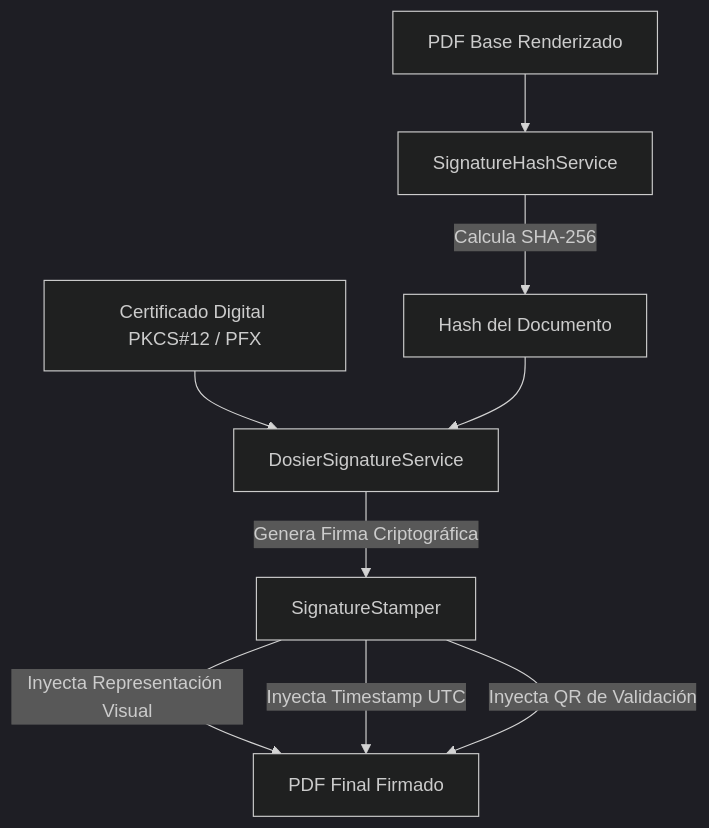
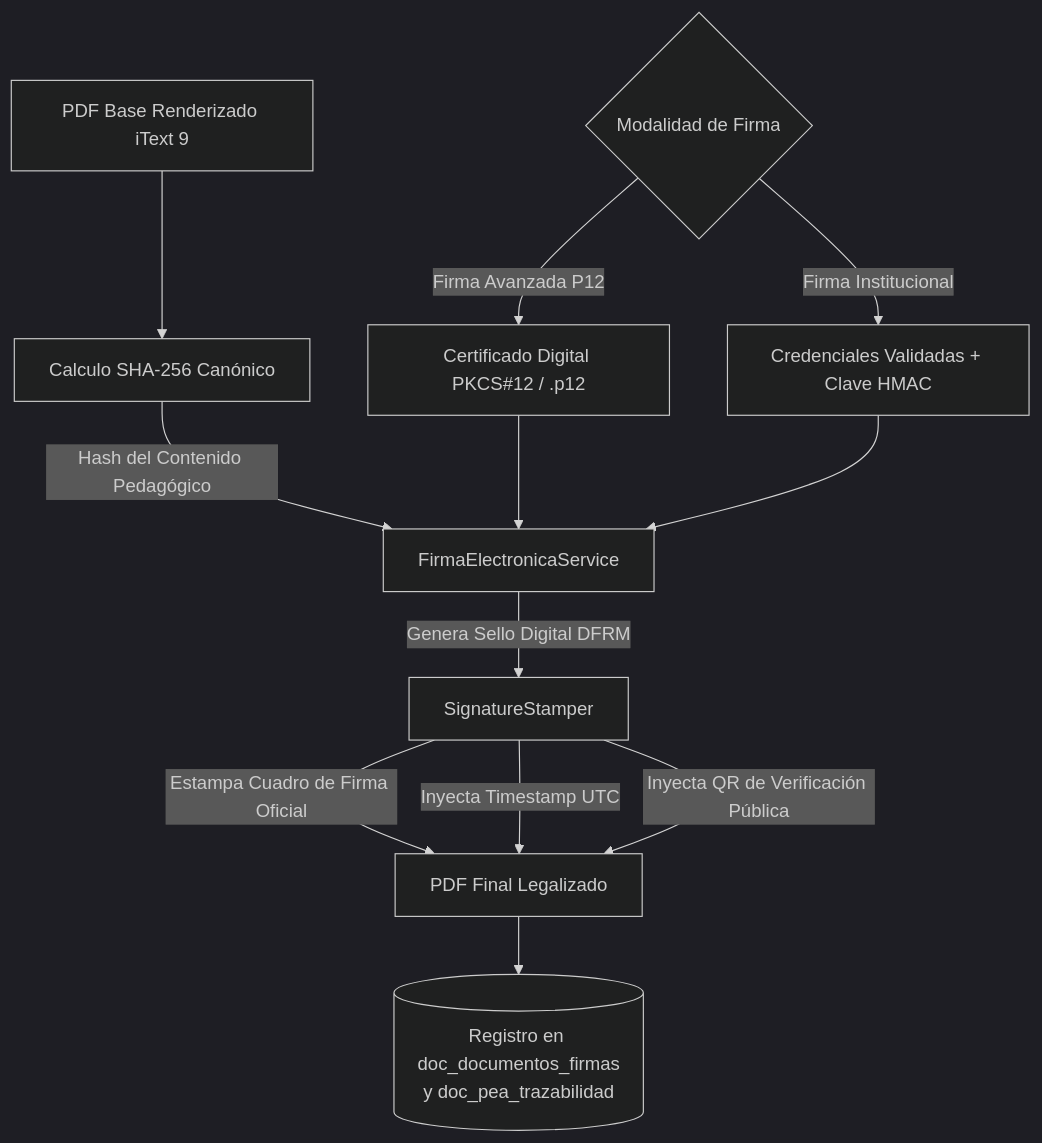
One commit to JorgeDoicela/dosier changed the diagram in docs/documentacion/03-motores-especializados/04-motor-firma-digital-y-sellos.md. Above: the diagram before and after it, drawn with Mermaid (dark theme). The commit also changed other lines of this file and 34 other files, not shown here.

````diff
--- a/docs/documentacion/03-motores-especializados/04-motor-firma-digital-y-sellos.md
+++ b/docs/documentacion/03-motores-especializados/04-motor-firma-digital-y-sellos.md
@@ -13,13 +13,19 @@
 ```mermaid
 graph TD
-    PDFIn[PDF Base Renderizado] --> HashService[SignatureHashService]
-    HashService -->|Calcula SHA-256| HashVal[Hash del Documento]
+    PDFIn[PDF Base Renderizado iText 9] --> HashService[Calculo SHA-256 Canónico]
+    HashService -->|Hash del Contenido Pedagógico| SigService[FirmaElectronicaService]
 
-    Cert[Certificado Digital PKCS#12 / PFX] --> SigService[DosierSignatureService]
-    HashVal --> SigService
+    CertChoice{Modalidad de Firma}
+    CertChoice -->|Firma Avanzada P12| P12Cert[Certificado Digital PKCS#12 / .p12]
+    CertChoice -->|Firma Institucional| CredAuth[Credenciales Validadas + Clave HMAC]
 
-    SigService -->|Genera Firma Criptográfica| Stamper[SignatureStamper]
-    Stamper -->|Inyecta Representación Visual| PDFStamped[PDF Final Firmado]
+    P12Cert --> SigService
+    CredAuth --> SigService
+
+    SigService -->|Genera Sello Digital DFRM| Stamper[SignatureStamper]
+    Stamper -->|Estampa Cuadro de Firma Oficial| PDFStamped[PDF Final Legalizado]
     Stamper -->|Inyecta Timestamp UTC| PDFStamped
-    Stamper -->|Inyecta QR de Validación| PDFStamped
+    Stamper -->|Inyecta QR de Verificación Pública| PDFStamped
+
+    PDFStamped --> DB[(Registro en doc_documentos_firmas\ny doc_pea_trazabilidad)]
 ```
````
